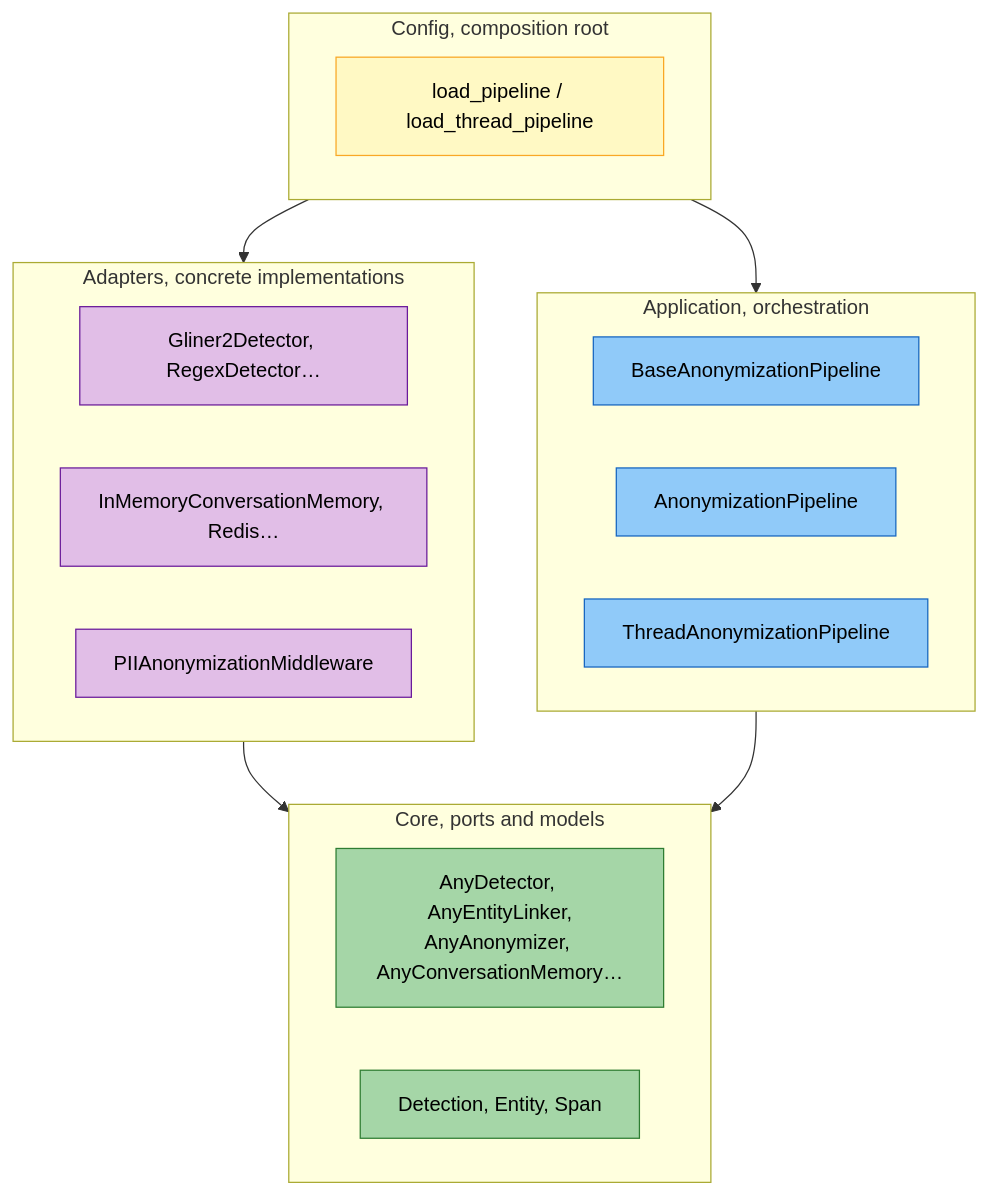
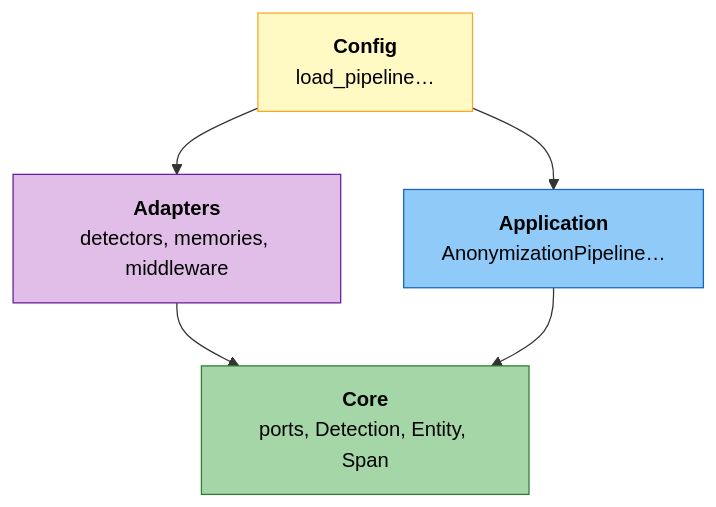
The first of 4 diagrams in docs/en/architecture.md (Athroniaeth/piighost), drawn with Mermaid before and after one commit. The commit also changed other lines of this file and 7 other files, not shown here.

First line of the commit message:
docs: smaller diagrams, one note per protection, an airier placeholder page

````diff
--- a/docs/en/architecture.md
+++ b/docs/en/architecture.md
@@ -27,37 +27,19 @@
 ```mermaid
 flowchart TB
     classDef core fill:#A5D6A7,stroke:#2E7D32,color:#000
     classDef app fill:#90CAF9,stroke:#1565C0,color:#000
     classDef adapter fill:#E1BEE7,stroke:#6A1B9A,color:#000
     classDef config fill:#FFF9C4,stroke:#F9A825,color:#000
 
-    subgraph CONFIG ["Config, composition root"]
-        direction LR
-        CFG["load_pipeline / load_thread_pipeline"]:::config
-    end
+    CFG["`**Config**
+    load_pipeline…`"]:::config
+    ADP["`**Adapters**
+    detectors, memories, middleware`"]:::adapter
+    APP["`**Application**
+    AnonymizationPipeline…`"]:::app
+    CORE["`**Core**
+    ports, Detection, Entity, Span`"]:::core
 
-    subgraph ADAPTERS ["Adapters, concrete implementations"]
-        direction LR
-        A_DET["Gliner2Detector, RegexDetector…"]:::adapter
-        A_MEM["InMemoryConversationMemory, Redis…"]:::adapter
-        A_MW["PIIAnonymizationMiddleware"]:::adapter
-    end
-
-    subgraph APP ["Application, orchestration"]
-        direction LR
-        P_BASE["BaseAnonymizationPipeline"]:::app
-        P_ONE["AnonymizationPipeline"]:::app
-        P_THREAD["ThreadAnonymizationPipeline"]:::app
-    end
-
-    subgraph CORE ["Core, ports and models"]
-        direction LR
-        PORTS["AnyDetector, AnyEntityLinker,\nAnyAnonymizer, AnyConversationMemory…"]:::core
-        MODELS["Detection, Entity, Span"]:::core
-    end
-
-    CONFIG --> ADAPTERS
-    CONFIG --> APP
-    ADAPTERS --> CORE
-    APP --> CORE
+    CFG --> ADP & APP
+    ADP & APP --> CORE
 ```
````
